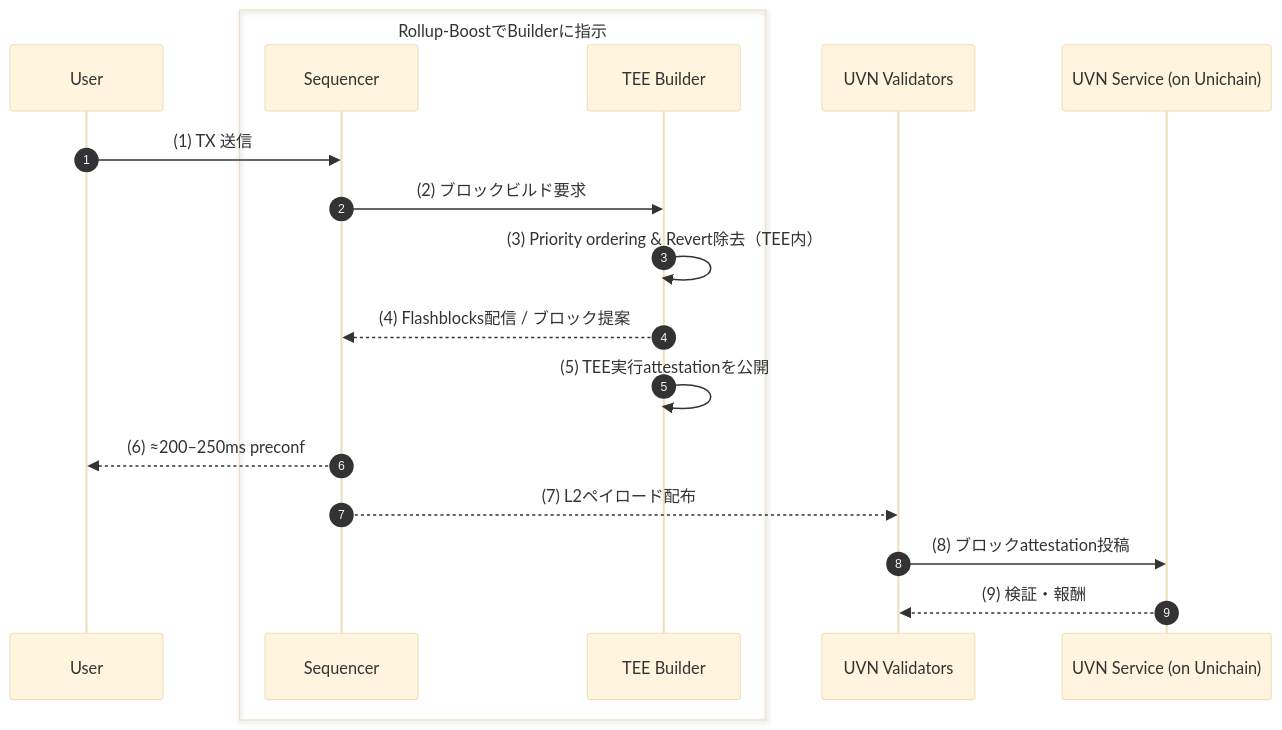
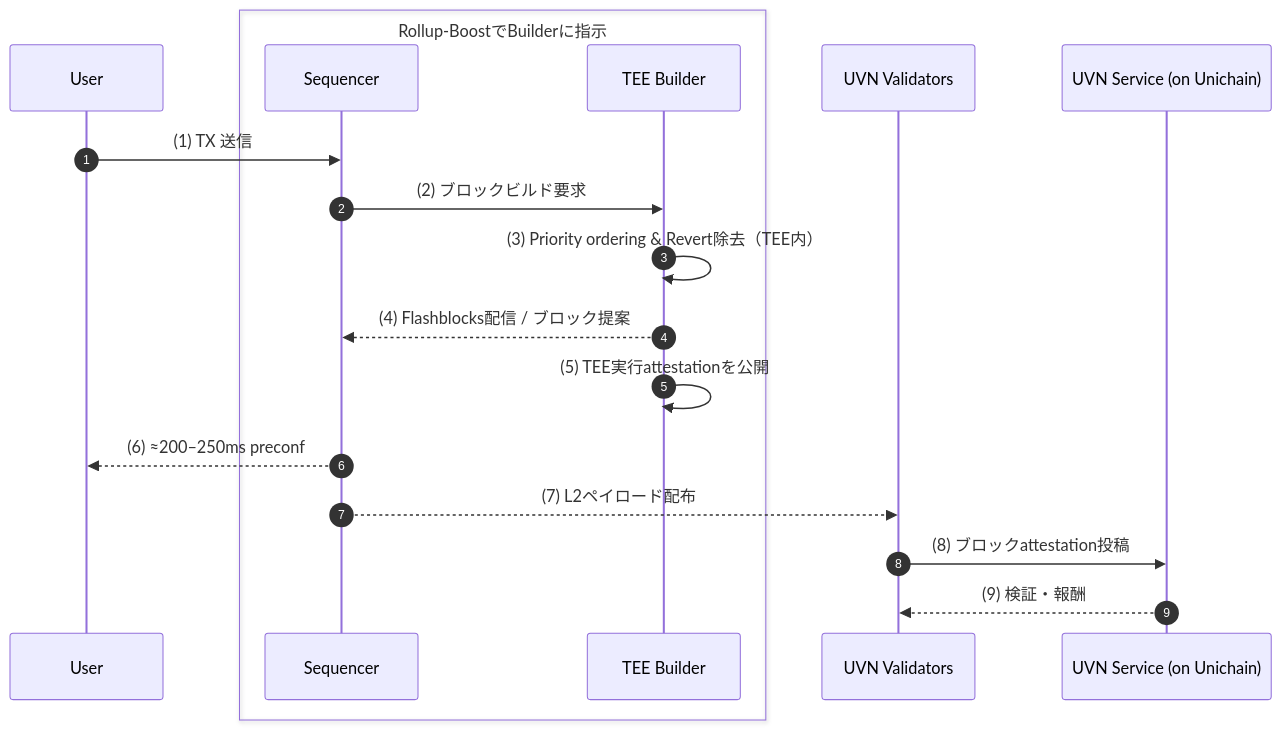
The second of 2 diagrams in articles/trusted-execution-environment-part2.md (43z708/zenn-articles), drawn with Mermaid before and after one commit. The commit also changed other lines of this file, not shown here.

Commit message:
Fix mermaid theme

````diff
--- a/articles/trusted-execution-environment-part2.md
+++ b/articles/trusted-execution-environment-part2.md
@@ -126,23 +126,23 @@
 ```mermaid
-%%{init: {'theme':'base', 'themeVariables': { 'fontSize': '16px'}}}%%
+%%{init: {'theme':'white', 'themeVariables': { 'fontSize': '16px'}}}%%
 sequenceDiagram
   autonumber
   participant U as User
   box Rollup-BoostでBuilderに指示
     participant S as Sequencer
     participant B as TEE Builder
   end
   participant V as UVN Validators
   participant C as UVN Service (on Unichain)
 
   U->>S: (1) TX 送信
   S->>B: (2) ブロックビルド要求
   B->>B: (3) Priority ordering & Revert除去（TEE内）
   B-->>S: (4) Flashblocks配信 / ブロック提案
   B->>B: (5) TEE実行attestationを公開
   S-->>U: (6) ≈200–250ms preconf
   S-->>V: (7) L2ペイロード配布
   V->>C: (8) ブロックattestation投稿
   C-->>V: (9) 検証・報酬
 
 ```
````
